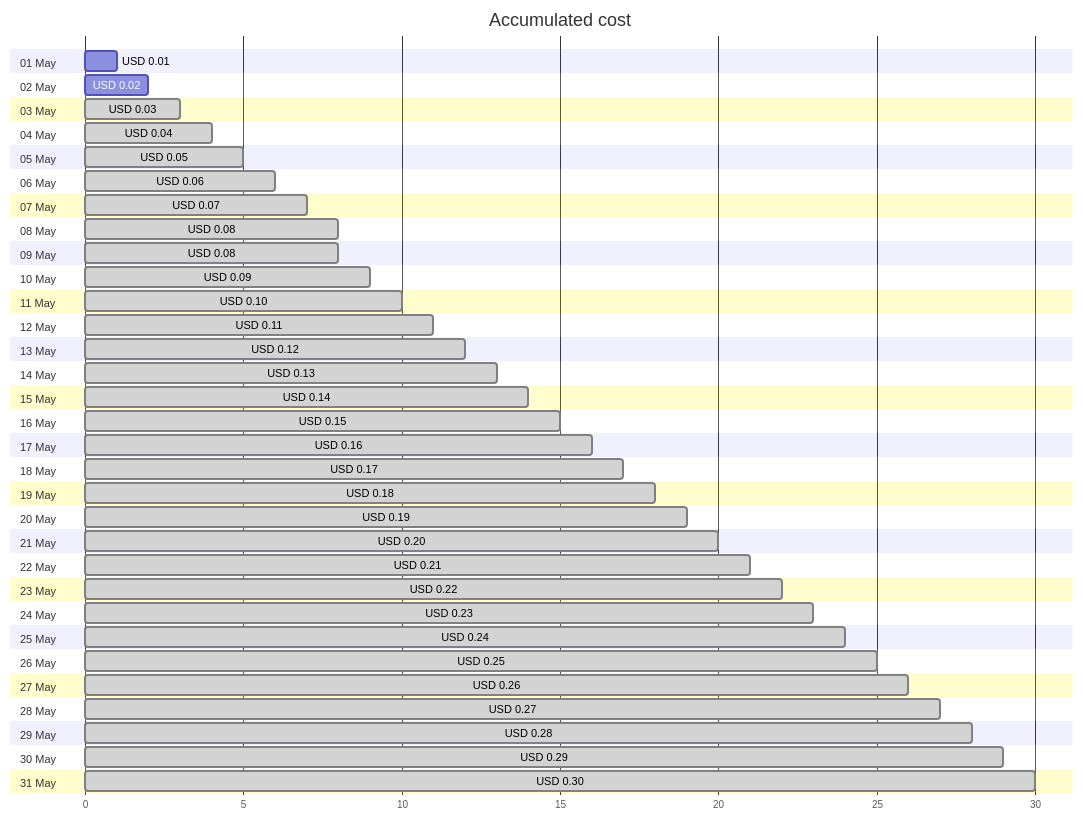
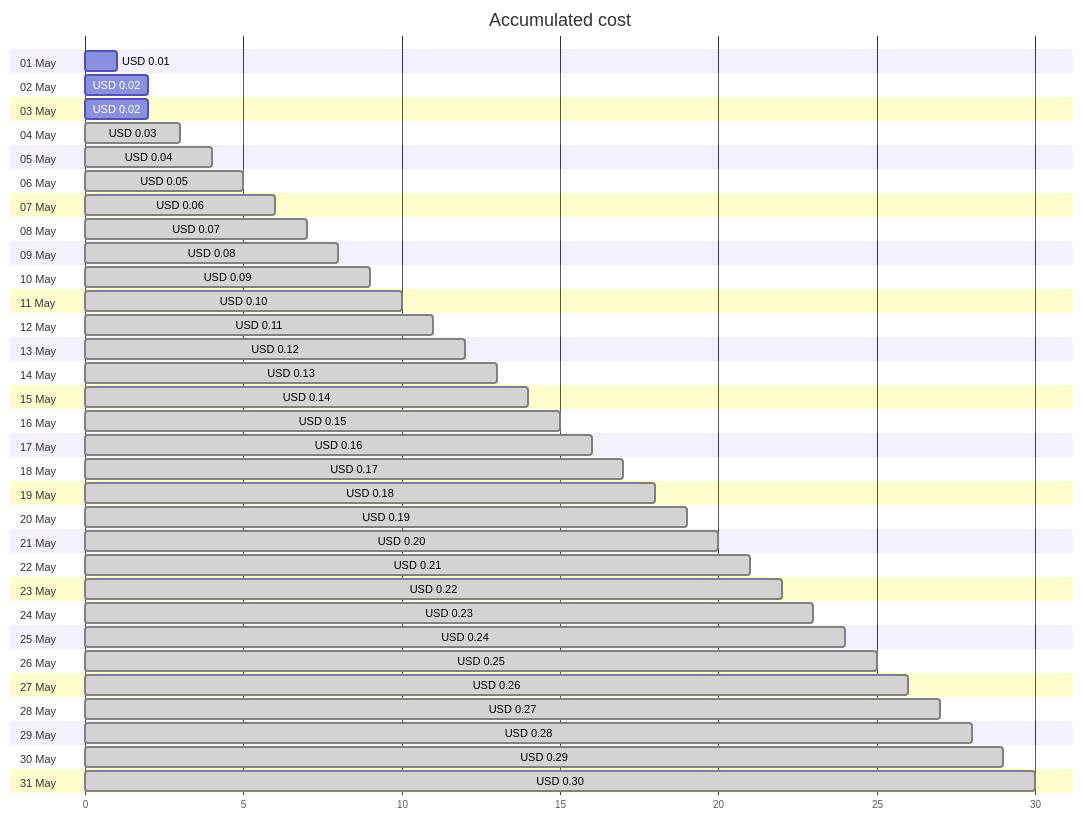
Before and after one commit to jpfulton/azure-personal-reports: the first of 4 diagrams in cost-reports/cloud-shell-storage-eastus/README.md, drawn with Mermaid. The commit also changed other lines of this file and 1 other file, not shown here.

````diff
--- a/cost-reports/cloud-shell-storage-eastus/README.md
+++ b/cost-reports/cloud-shell-storage-eastus/README.md
@@ -20,68 +20,68 @@
 ```mermaid
 gantt
    title Accumulated cost
    dateFormat  X
    axisFormat %s
    section 01 May
    USD 0.01 :0, 1
    section 02 May
    USD 0.02 :0, 2
    section 03 May
+   USD 0.02 :0, 2
+   section 04 May
    USD 0.03 : done, 0, 3
-   section 04 May
+   section 05 May
    USD 0.04 : done, 0, 4
-   section 05 May
+   section 06 May
    USD 0.05 : done, 0, 5
-   section 06 May
+   section 07 May
    USD 0.06 : done, 0, 6
-   section 07 May
+   section 08 May
    USD 0.07 : done, 0, 7
-   section 08 May
-   USD 0.08 : done, 0, 8
    section 09 May
    USD 0.08 : done, 0, 8
    section 10 May
    USD 0.09 : done, 0, 9
    section 11 May
    USD 0.10 : done, 0, 10
    section 12 May
    USD 0.11 : done, 0, 11
    section 13 May
    USD 0.12 : done, 0, 12
    section 14 May
    USD 0.13 : done, 0, 13
    section 15 May
    USD 0.14 : done, 0, 14
    section 16 May
    USD 0.15 : done, 0, 15
    section 17 May
    USD 0.16 : done, 0, 16
    section 18 May
    USD 0.17 : done, 0, 17
    section 19 May
    USD 0.18 : done, 0, 18
    section 20 May
    USD 0.19 : done, 0, 19
    section 21 May
    USD 0.20 : done, 0, 20
    section 22 May
    USD 0.21 : done, 0, 21
    section 23 May
    USD 0.22 : done, 0, 22
    section 24 May
    USD 0.23 : done, 0, 23
    section 25 May
    USD 0.24 : done, 0, 24
    section 26 May
    USD 0.25 : done, 0, 25
    section 27 May
    USD 0.26 : done, 0, 26
    section 28 May
    USD 0.27 : done, 0, 27
    section 29 May
    USD 0.28 : done, 0, 28
    section 30 May
    USD 0.29 : done, 0, 29
    section 31 May
    USD 0.30 : done, 0, 30
 ```
````
